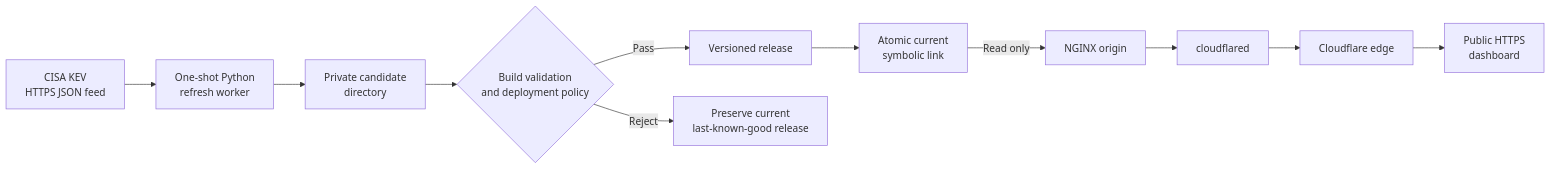
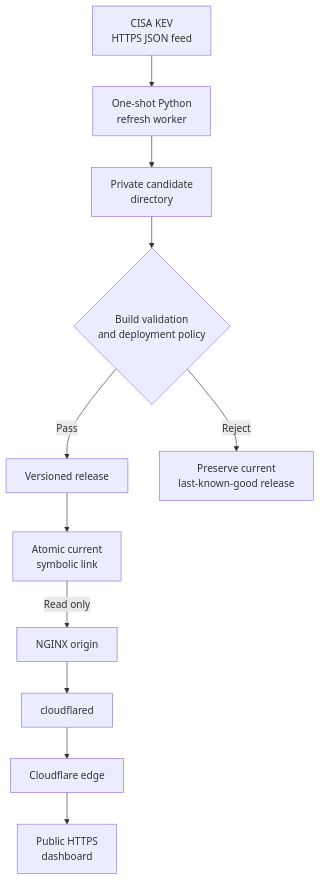
The diagram in docs/CASE_STUDY.md (Soulrider750/cisa-kev-prioritization-dashboard), drawn with Mermaid before and after one commit.

Commit message:
Improve case study diagram readability

````diff
--- a/docs/CASE_STUDY.md
+++ b/docs/CASE_STUDY.md
@@ -61,13 +61,13 @@
 ```mermaid
-flowchart LR
+flowchart TB
     A["CISA KEV<br/>HTTPS JSON feed"] --> B["One-shot Python<br/>refresh worker"]
     B --> C["Private candidate<br/>directory"]
     C --> D{"Build validation<br/>and deployment policy"}
     D -->|Pass| E["Versioned release"]
     D -->|Reject| K["Preserve current<br/>last-known-good release"]
     E --> F["Atomic current<br/>symbolic link"]
     F -->|Read only| G["NGINX origin"]
     G --> H["cloudflared"]
     H --> I["Cloudflare edge"]
     I --> J["Public HTTPS<br/>dashboard"]
 ```
````
